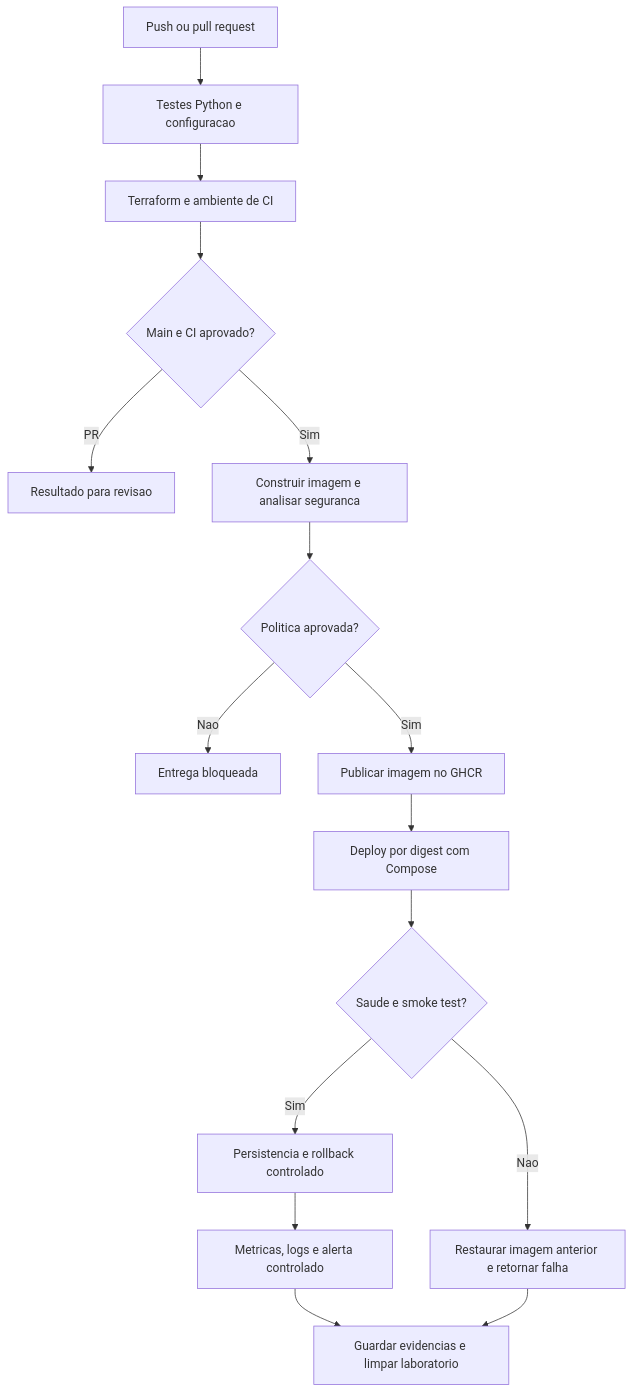
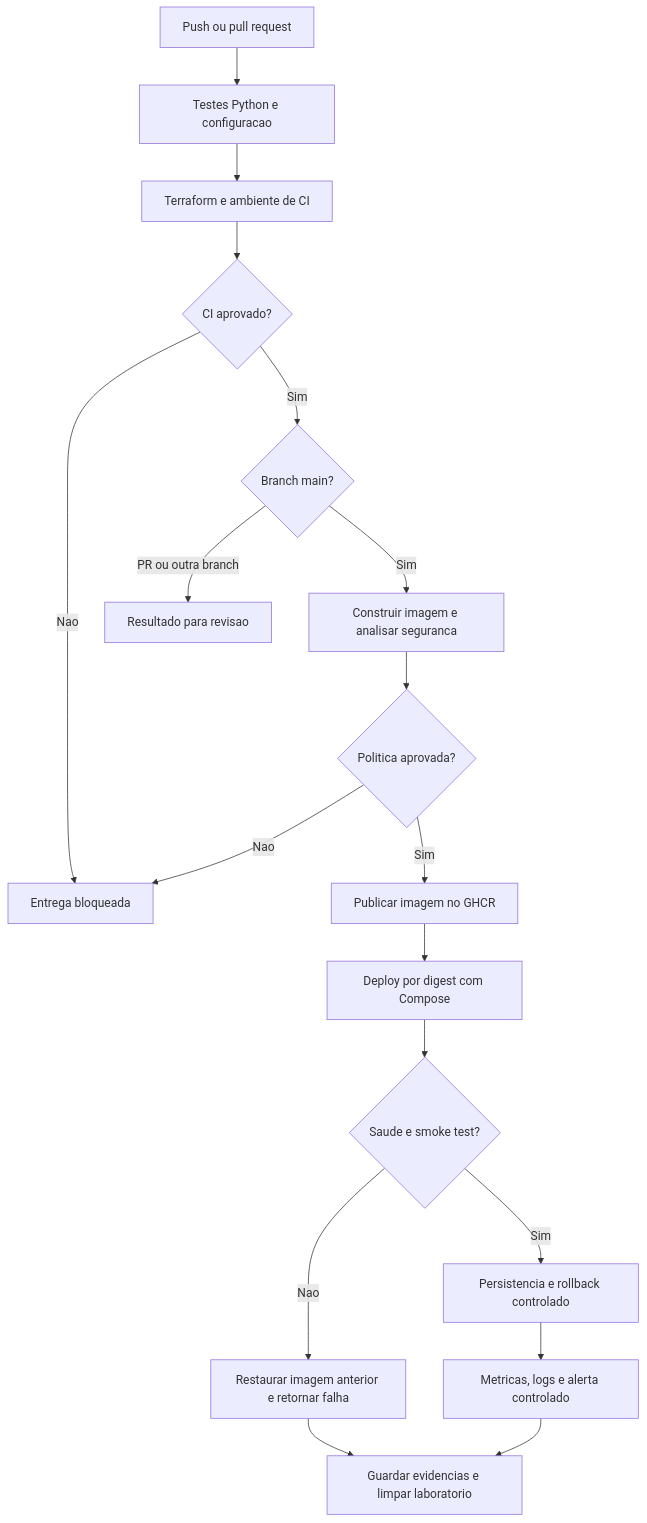
One commit to JonasPC18/Projeto_DevOps_Fase1 changed the diagram in docs/fase2.md. Above: the diagram before and after it, drawn with Mermaid. The commit also changed other lines of this file and 3 other files, not shown here.

````diff
--- a/docs/fase2.md
+++ b/docs/fase2.md
@@ -45,18 +45,20 @@
 ```mermaid
 flowchart TD
     A[Push ou pull request] --> B[Testes Python e configuracao]
     B --> C[Terraform e ambiente de CI]
-    C --> D{Main e CI aprovado?}
-    D -->|PR| E[Resultado para revisao]
-    D -->|Sim| F[Construir imagem e analisar seguranca]
+    C --> D{CI aprovado?}
+    D -->|Nao| H[Entrega bloqueada]
+    D -->|Sim| P{Branch main?}
+    P -->|PR ou outra branch| E[Resultado para revisao]
+    P -->|Sim| F[Construir imagem e analisar seguranca]
     F --> G{Politica aprovada?}
     G -->|Nao| H[Entrega bloqueada]
     G -->|Sim| I[Publicar imagem no GHCR]
     I --> J[Deploy por digest com Compose]
     J --> K{Saude e smoke test?}
     K -->|Nao| L[Restaurar imagem anterior e retornar falha]
     K -->|Sim| M[Persistencia e rollback controlado]
     M --> N[Metricas, logs e alerta controlado]
     N --> O[Guardar evidencias e limpar laboratorio]
     L --> O
 ```
````
